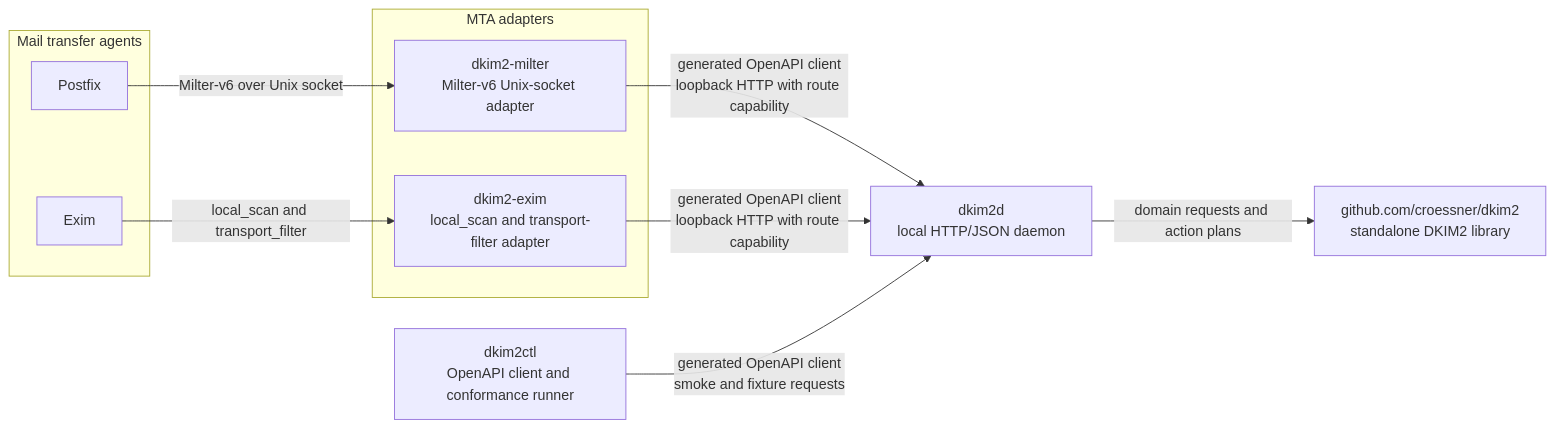
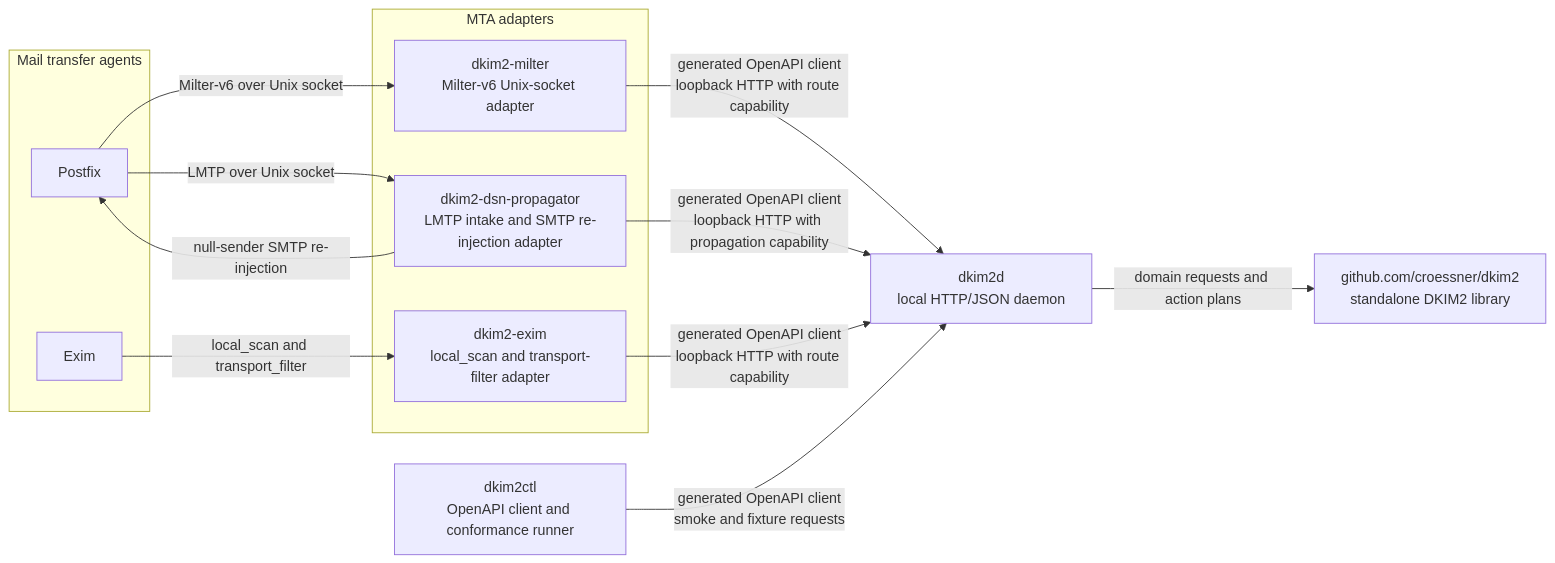
The diagram in README.md (croessner/dkim2), drawn with Mermaid before and after one commit. The commit also changed other lines of this file and 31 other files, not shown here.

First line of the commit message:
Add: Qualify and document DSN propagation deployments

````diff
--- a/README.md
+++ b/README.md
@@ -28,23 +28,27 @@
 ```mermaid
 flowchart LR
     subgraph mta["Mail transfer agents"]
         postfix["Postfix"]
         exim["Exim"]
     end
 
     subgraph adapters["MTA adapters"]
         milter["dkim2-milter\nMilter-v6 Unix-socket adapter"]
         eximAdapter["dkim2-exim\nlocal_scan and transport-filter adapter"]
+        propagator["dkim2-dsn-propagator\nLMTP intake and SMTP re-injection adapter"]
     end
 
     client["dkim2ctl\nOpenAPI client and conformance runner"]
     daemon["dkim2d\nlocal HTTP/JSON daemon"]
     library["github.com/croessner/dkim2\nstandalone DKIM2 library"]
 
     postfix -->|"Milter-v6 over Unix socket"| milter
     exim -->|"local_scan and transport_filter"| eximAdapter
+    postfix -->|"LMTP over Unix socket"| propagator
+    propagator -->|"null-sender SMTP re-injection"| postfix
     milter -->|"generated OpenAPI client\nloopback HTTP with route capability"| daemon
     eximAdapter -->|"generated OpenAPI client\nloopback HTTP with route capability"| daemon
+    propagator -->|"generated OpenAPI client\nloopback HTTP with propagation capability"| daemon
     client -->|"generated OpenAPI client\nsmoke and fixture requests"| daemon
     daemon -->|"domain requests and action plans"| library
 ```
````
